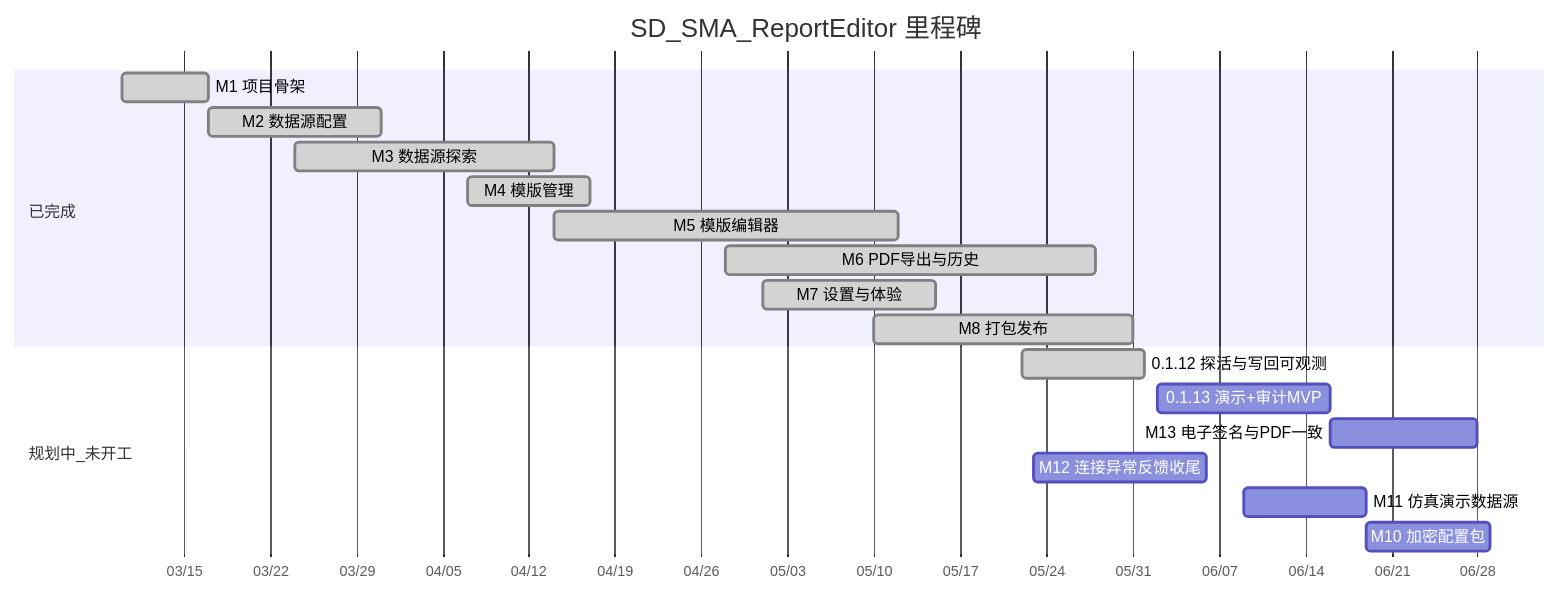
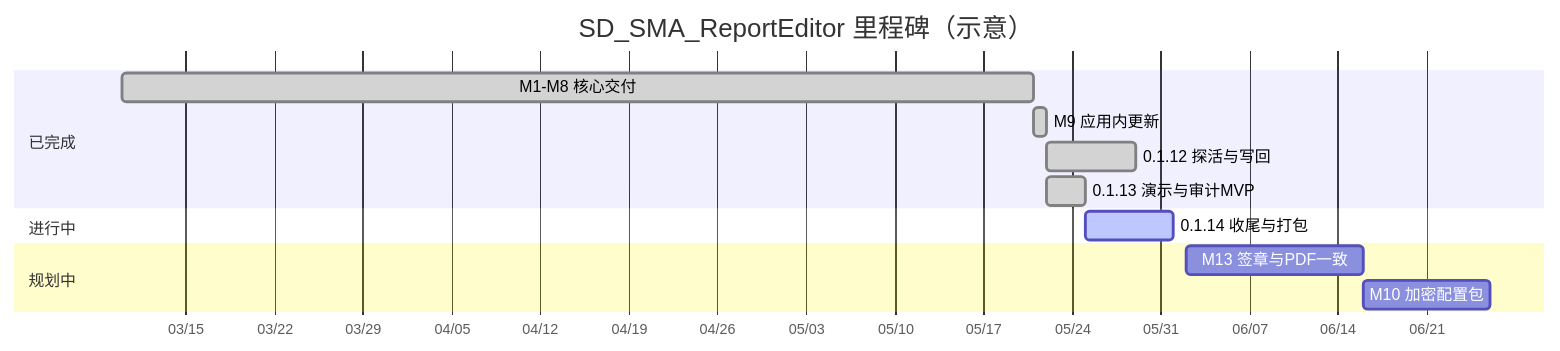
One commit to cwjwudi/sma_data_collector changed the first of 2 diagrams in _Prj/SD_SMA_ReportEditor/_Doc/002_里程碑与工单.md. Above: the diagram before and after it, drawn with Mermaid. The commit also changed other lines of this file and 41 other files, not shown here.

First line of the commit message:
feat(ReportEditor): 0.1.14 审计增强、演示启停与连接可观测

````diff
--- a/_Prj/SD_SMA_ReportEditor/_Doc/002_里程碑与工单.md
+++ b/_Prj/SD_SMA_ReportEditor/_Doc/002_里程碑与工单.md
@@ -120,24 +124,19 @@
 ```mermaid
 gantt
-    title SD_SMA_ReportEditor 里程碑
+    title SD_SMA_ReportEditor 里程碑（示意）
     dateFormat YYYY-MM-DD
     axisFormat %m/%d
 
     section 已完成
-    M1 项目骨架           :done, m1, 2026-03-10, 7d
-    M2 数据源配置         :done, m2, 2026-03-17, 14d
-    M3 数据源探索         :done, m3, 2026-03-24, 21d
-    M4 模版管理           :done, m4, 2026-04-07, 10d
-    M5 模版编辑器         :done, m5, 2026-04-14, 28d
-    M6 PDF导出与历史      :done, m6, 2026-04-28, 30d
-    M7 设置与体验         :done, m7, 2026-05-01, 14d
-    M8 打包发布           :done, m8, 2026-05-10, 21d
+    M1-M8 核心交付         :done, core, 2026-03-10, 2026-05-21
+    M9 应用内更新          :done, m9, 2026-05-21, 2026-05-22
+    0.1.12 探活与写回      :done, v112, 2026-05-22, 7d
+    0.1.13 演示与审计MVP   :done, v113, 2026-05-22, 2026-05-25
 
-    section 规划中_未开工
-    0.1.12 探活与写回可观测 :done, v112, 2026-05-22, 10d
-    0.1.13 演示+审计MVP      :v113, 2026-06-02, 14d
-    M13 电子签名与PDF一致   :m13, 2026-06-16, 12d
-    M12 连接异常反馈收尾    :m12, 2026-05-23, 14d
-    M11 仿真演示数据源      :m11, 2026-06-09, 10d
-    M10 加密配置包          :m10, 2026-06-19, 10d
+    section 进行中
+    0.1.14 收尾与打包      :active, v114, 2026-05-25, 7d
+
+    section 规划中
+    M13 签章与PDF一致      :m13, 2026-06-02, 14d
+    M10 加密配置包         :m10, 2026-06-16, 10d
 ```
````
